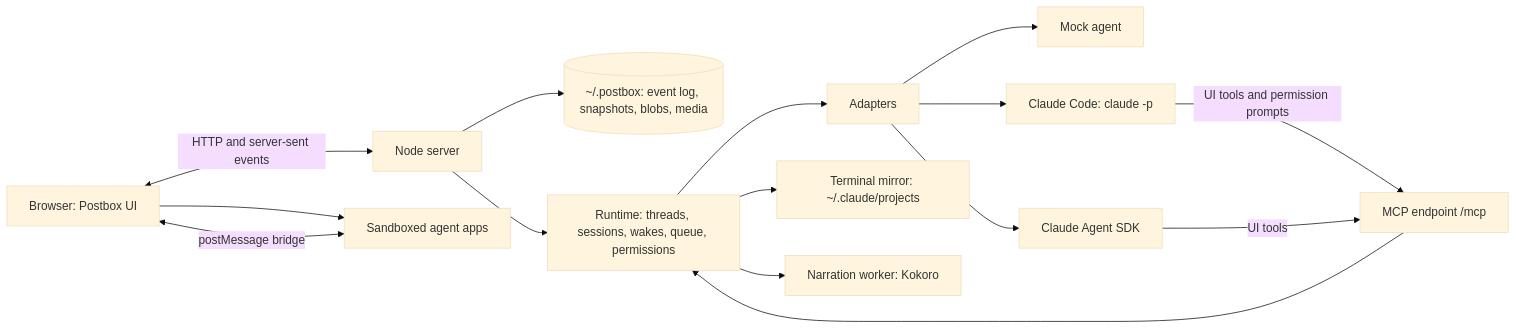
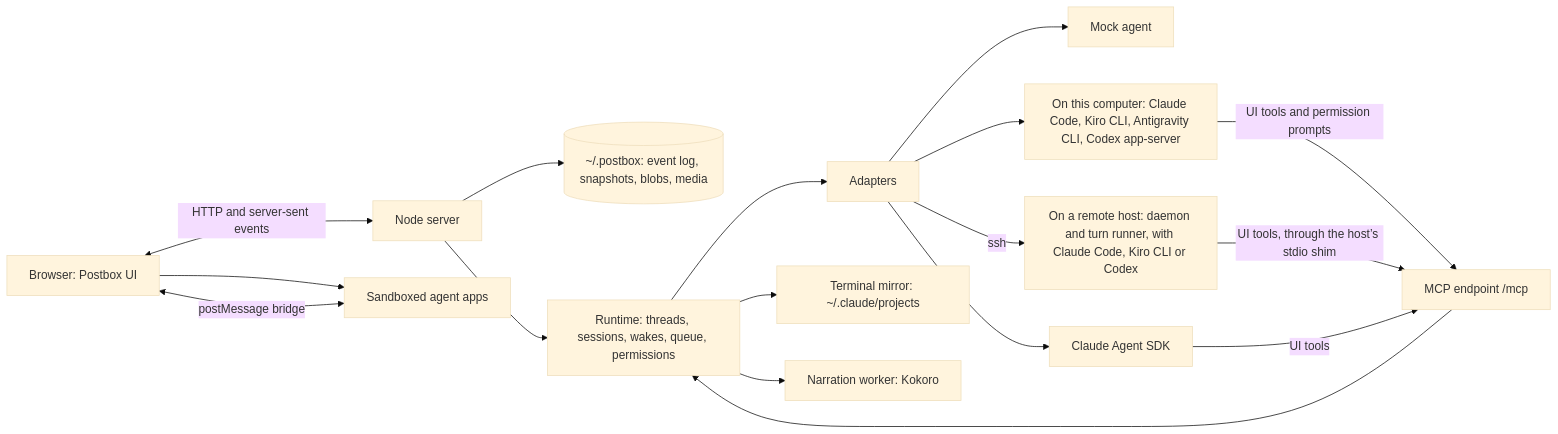
The diagram in README.md (HJeon139/postbox), drawn with Mermaid (base theme) before and after one commit. The commit also changed other lines of this file and 4 other files, not shown here.

````diff
--- a/README.md
+++ b/README.md
@@ -95,17 +93,19 @@
 ```mermaid
 flowchart LR
   B[Browser: Postbox UI] <-->|HTTP and server-sent events| S[Node server]
   S --> ST[(~/.postbox: event log, snapshots, blobs, media)]
   S --> RT[Runtime: threads, sessions, wakes, queue, permissions]
   RT --> AD[Adapters]
   AD --> MOCK[Mock agent]
-  AD --> CC[Claude Code: claude -p]
   AD --> SDK[Claude Agent SDK]
-  CC -->|UI tools and permission prompts| MCP[MCP endpoint /mcp]
+  AD --> CLI[On this computer: Claude Code, Kiro CLI, Antigravity CLI, Codex app-server]
+  AD -->|ssh| RH[On a remote host: daemon and turn runner, with Claude Code, Kiro CLI or Codex]
+  CLI -->|UI tools and permission prompts| MCP[MCP endpoint /mcp]
+  RH -->|UI tools, through the host’s stdio shim| MCP
   SDK -->|UI tools| MCP
   MCP --> RT
   RT --> TM[Terminal mirror: ~/.claude/projects]
   RT --> NR[Narration worker: Kokoro]
   B --> SB[Sandboxed agent apps]
   SB <-->|postMessage bridge| B
 ```
````
